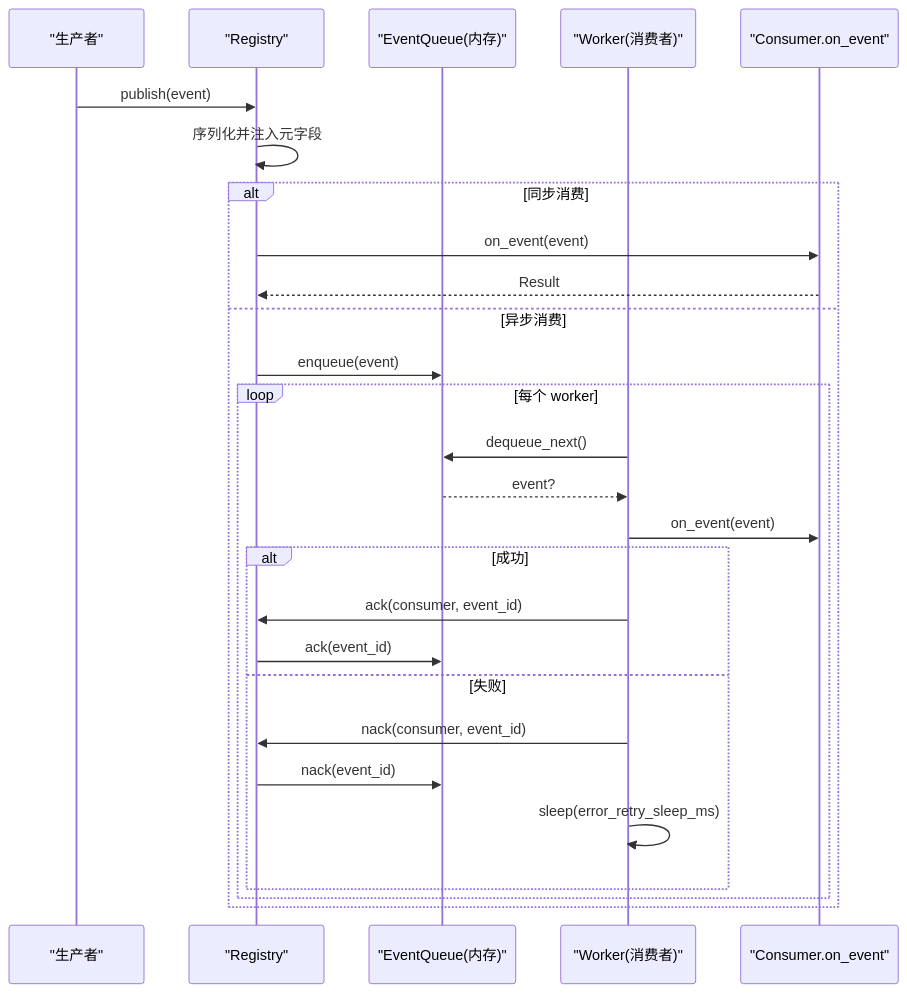
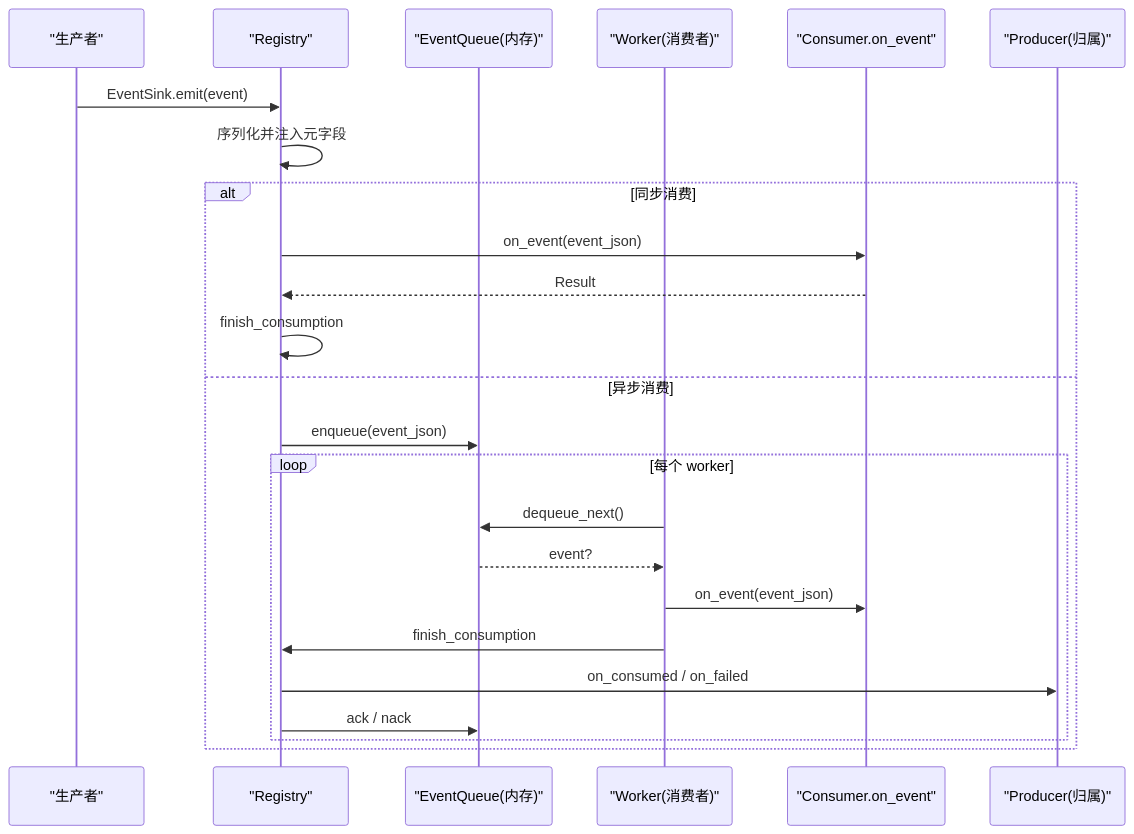
Before and after one commit to runningcoders/ai_orz: the second of 4 diagrams in docs/wiki/zh/content/基础设施/AOP 事件系统/事件队列管理.md, drawn with Mermaid. The commit also changed other lines of this file and 37 other files, not shown here.

````diff
--- a/docs/wiki/zh/content/基础设施/AOP 事件系统/事件队列管理.md
+++ b/docs/wiki/zh/content/基础设施/AOP 事件系统/事件队列管理.md
@@ -80,29 +91,26 @@
 ```mermaid
 sequenceDiagram
 participant P as "生产者"
 participant R as "Registry"
 participant Q as "EventQueue(内存)"
 participant W as "Worker(消费者)"
 participant C as "Consumer.on_event"
-P->>R : publish(event)
+participant PR as "Producer(归属)"
+P->>R : EventSink.emit(event)
 R->>R : 序列化并注入元字段
 alt 同步消费
-R->>C : on_event(event)
+R->>C : on_event(event_json)
 C-->>R : Result
+R->>R : finish_consumption
 else 异步消费
-R->>Q : enqueue(event)
+R->>Q : enqueue(event_json)
 loop 每个 worker
 W->>Q : dequeue_next()
 Q-->>W : event?
-W->>C : on_event(event)
-alt 成功
-W->>R : ack(consumer, event_id)
-R->>Q : ack(event_id)
-else 失败
-W->>R : nack(consumer, event_id)
-R->>Q : nack(event_id)
-W->>W : sleep(error_retry_sleep_ms)
-end
+W->>C : on_event(event_json)
+W->>R : finish_consumption
+R->>PR : on_consumed / on_failed
+R->>Q : ack / nack
 end
 end
 ```
````
